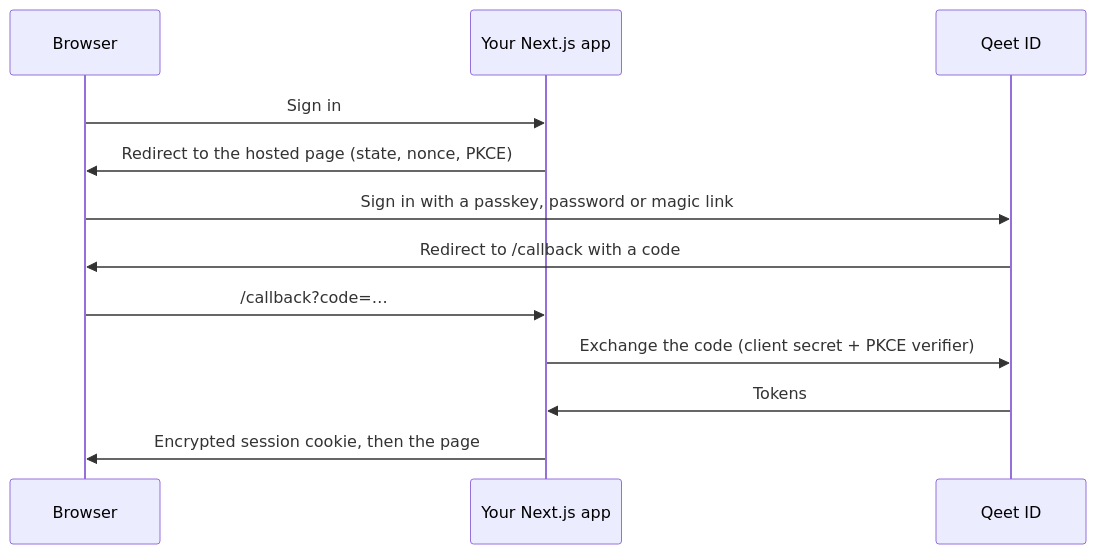
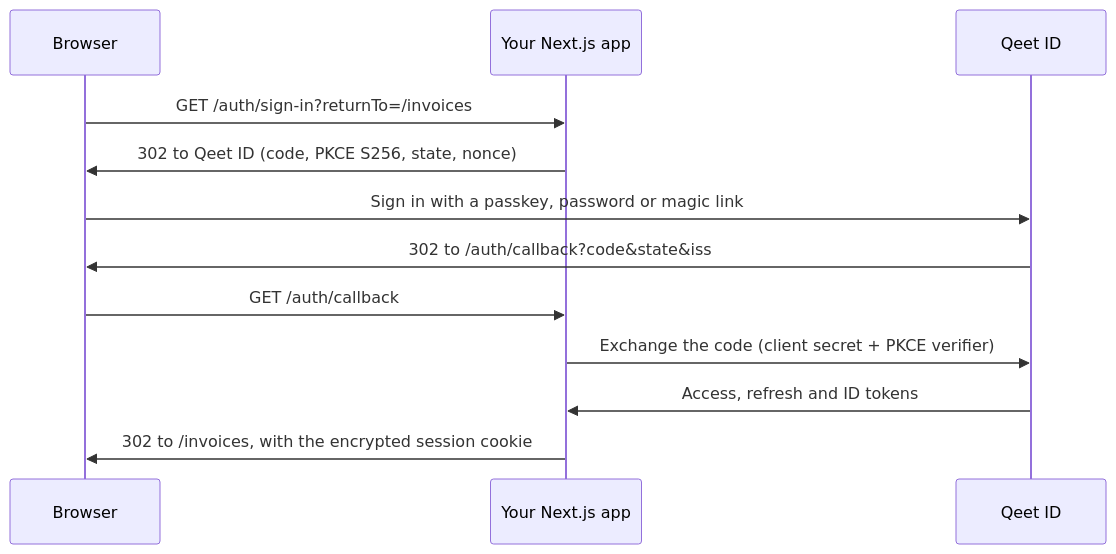
One commit to qeetgroup/qeet-id-nextjs changed the diagram in README.md. Above: the diagram before and after it, drawn with Mermaid. The commit also changed other lines of this file and 3 other files, not shown here.

````diff
--- a/README.md
+++ b/README.md
@@ -42,14 +52,14 @@
 ```mermaid
 sequenceDiagram
     participant B as Browser
     participant A as Your Next.js app
     participant Q as Qeet ID
-    B->>A: Sign in
-    A->>B: Redirect to the hosted page (state, nonce, PKCE)
+    B->>A: GET /auth/sign-in?returnTo=/invoices
+    A->>B: 302 to Qeet ID (code, PKCE S256, state, nonce)
     B->>Q: Sign in with a passkey, password or magic link
-    Q->>B: Redirect to /callback with a code
-    B->>A: /callback?code=…
+    Q->>B: 302 to /auth/callback?code&state&iss
+    B->>A: GET /auth/callback
     A->>Q: Exchange the code (client secret + PKCE verifier)
-    Q->>A: Tokens
-    A->>B: Encrypted session cookie, then the page
+    Q->>A: Access, refresh and ID tokens
+    A->>B: 302 to /invoices, with the encrypted session cookie
 ```
````
